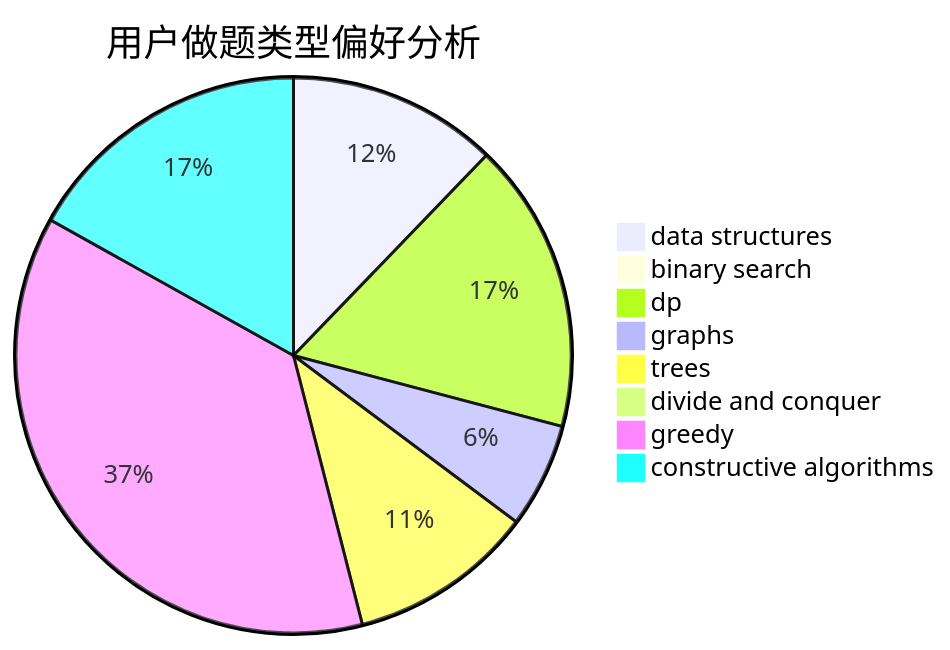
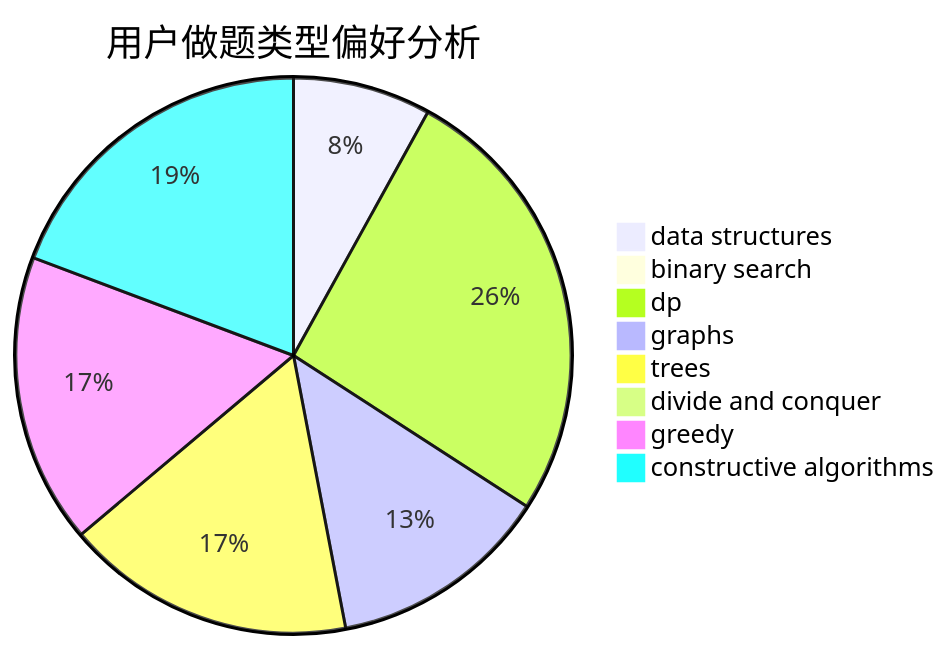
Before and after one commit to sherpahu/cfrs.github.io: the second of 3 diagrams in docs/user/u2343.md, drawn with Mermaid. The commit also changed other lines of this file and 2770 other files, not shown here.

````diff
--- a/docs/user/u2343.md
+++ b/docs/user/u2343.md
@@ -23,11 +23,11 @@
 ```mermaid
 pie title 用户做题类型偏好分析
-    "data structures" :  26
+    "data structures" :  20
     "binary search" :  0
-    "dp" :  36
-    "graphs" :  13
-    "trees" :  23
-    "divide and conquer" :  0
-    "greedy" :  79
-    "constructive algorithms" :  36
+    "dp" :  65
+    "graphs" :  32
+    "trees" :  42
+    "divide and conquer" :  1
+    "greedy" :  42
+    "constructive algorithms" :  48
 ```
````
